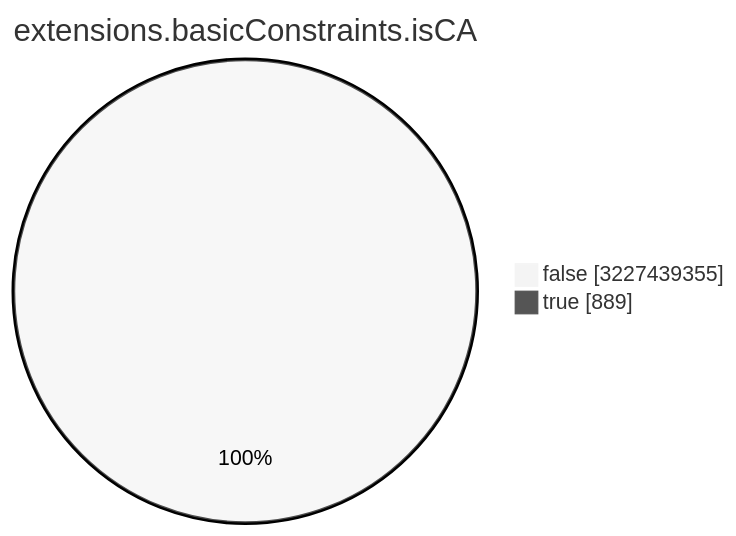
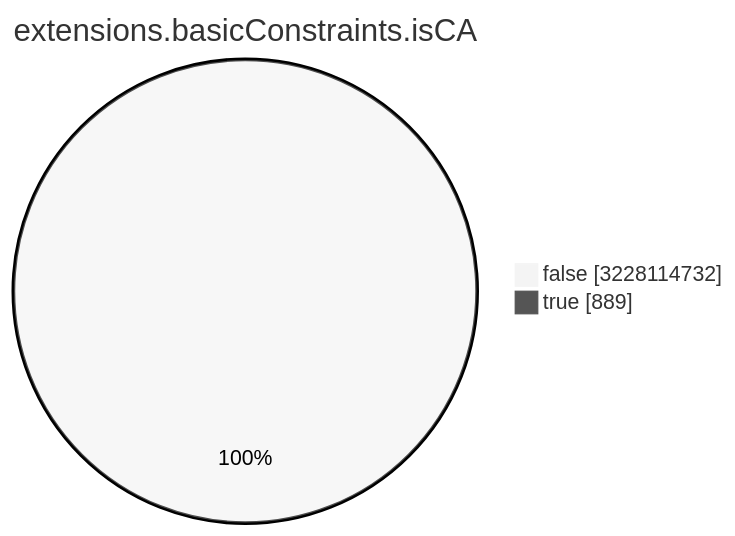
The seventh of 15 diagrams in TOTAL/README.md (christiankrug/ctmonitor_visualization), drawn with Mermaid (neutral theme) before and after one commit. The commit also changed other lines of this file, not shown here.

````diff
--- a/TOTAL/README.md
+++ b/TOTAL/README.md
@@ -3088,6 +3088,6 @@
 ```mermaid
 pie showData
 title extensions.basicConstraints.isCA
-"false" :3227439355
+"false" :3228114732
 "true" :889
 ```
````
